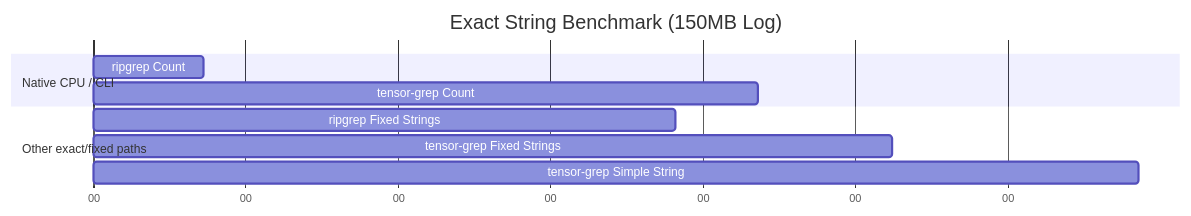
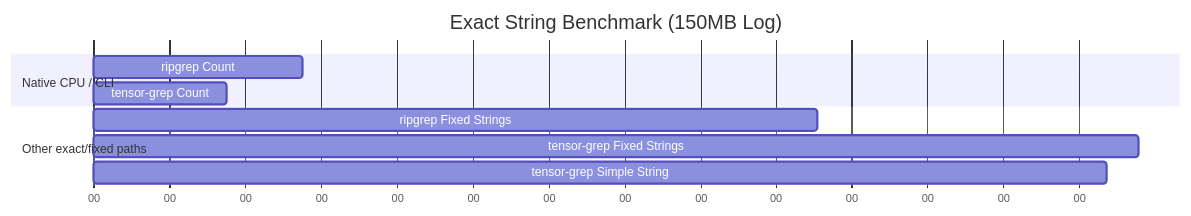
One commit to oimiragieo/tensor-grep changed the third of 3 diagrams in docs/PAPER.md. Above: the diagram before and after it, drawn with Mermaid. The commit also changed other lines of this file and 2 other files, not shown here.

````diff
--- a/docs/PAPER.md
+++ b/docs/PAPER.md
@@ -128,15 +128,15 @@
 ```mermaid
 gantt
     title Exact String Benchmark (150MB Log)
     dateFormat  s
     axisFormat %S
     
     section Native CPU / CLI
-    ripgrep Count              :a1, 0, 0.036s
-    tensor-grep Count          :a2, 0, 0.218s
+    ripgrep Count              :a1, 0, 0.138s
+    tensor-grep Count          :a2, 0, 0.088s
     
     section Other exact/fixed paths
-    ripgrep Fixed Strings      :a3, 0, 0.191s
-    tensor-grep Fixed Strings  :a4, 0, 0.262s
-    tensor-grep Simple String  :a5, 0, 0.343s
+    ripgrep Fixed Strings      :a3, 0, 0.477s
+    tensor-grep Fixed Strings  :a4, 0, 0.689s
+    tensor-grep Simple String  :a5, 0, 0.668s
 ```
````
